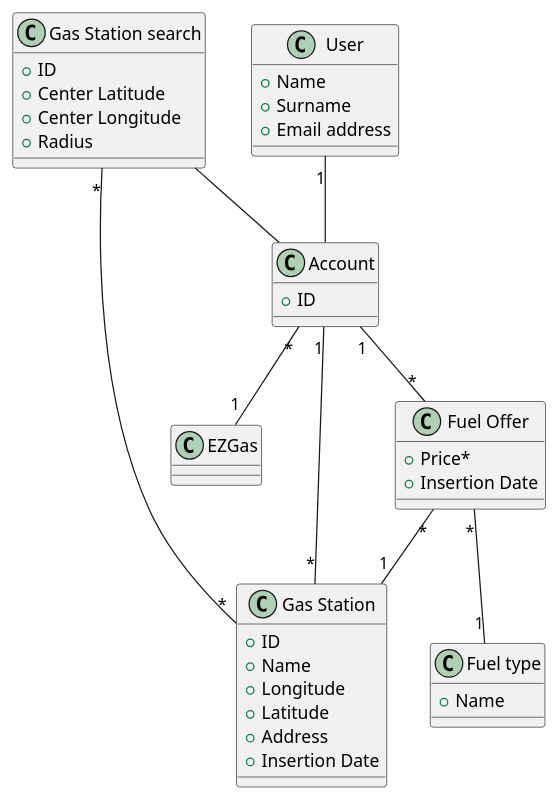
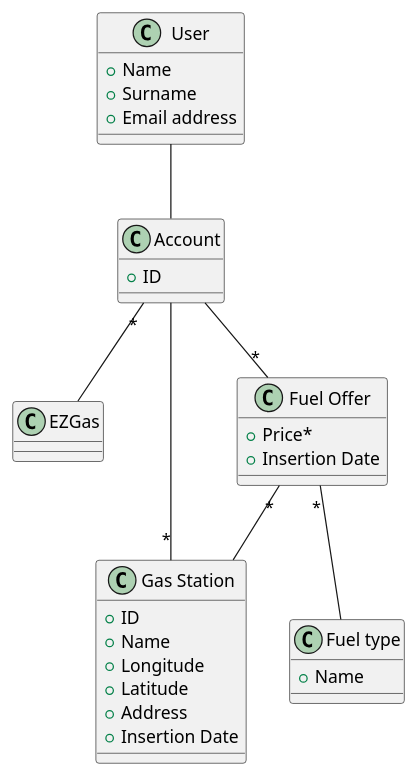
One commit to SoftengPoliTo/Lab2 changed the third of 3 diagrams in REQ_s269095.md. Above: the diagram before and after it, drawn with PlantUML.

Commit message:
Fix glossary

````diff
--- a/REQ_s269095.md
+++ b/REQ_s269095.md
@@ -180,47 +180,38 @@
 ```plantuml
 class EZGas {}
 
 class "Gas Station" as GS {
     + ID
     + Name
     + Longitude
     + Latitude
     + Address
     + Insertion Date
 }
 
 class User {
     + Name 
     + Surname
     + Email address
 }
 
 class Account {
     + ID
 }
 
 class "Fuel type" as Ft{
     + Name
 }
 
 class "Fuel Offer" as FO {
     + Price*
     + Insertion Date
 }
 
-class "Gas Station search" as GSs {
-    + ID
-    + Center Latitude
-    + Center Longitude
-    + Radius
-}
-
-User "1" -- Account
-Account "1" -- "*" GS
-Account "*" -- "1" EZGas
-Account "1" -- "*" FO
-FO "*" -- "1" Ft
-FO "*" -- "1" GS
-GSs -- Account
-GSs "*" -- "*" GS
+User -- Account
+Account -- "*" GS
+Account "*" -- EZGas
+Account -- "*" FO
+FO "*" -- Ft
+FO "*" -- GS
 ```
````
